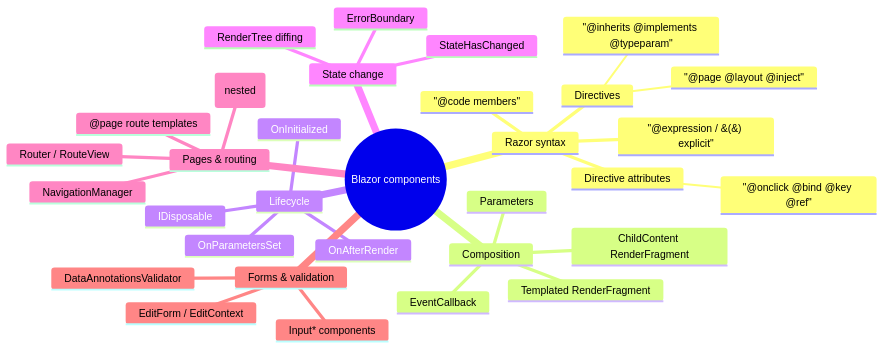
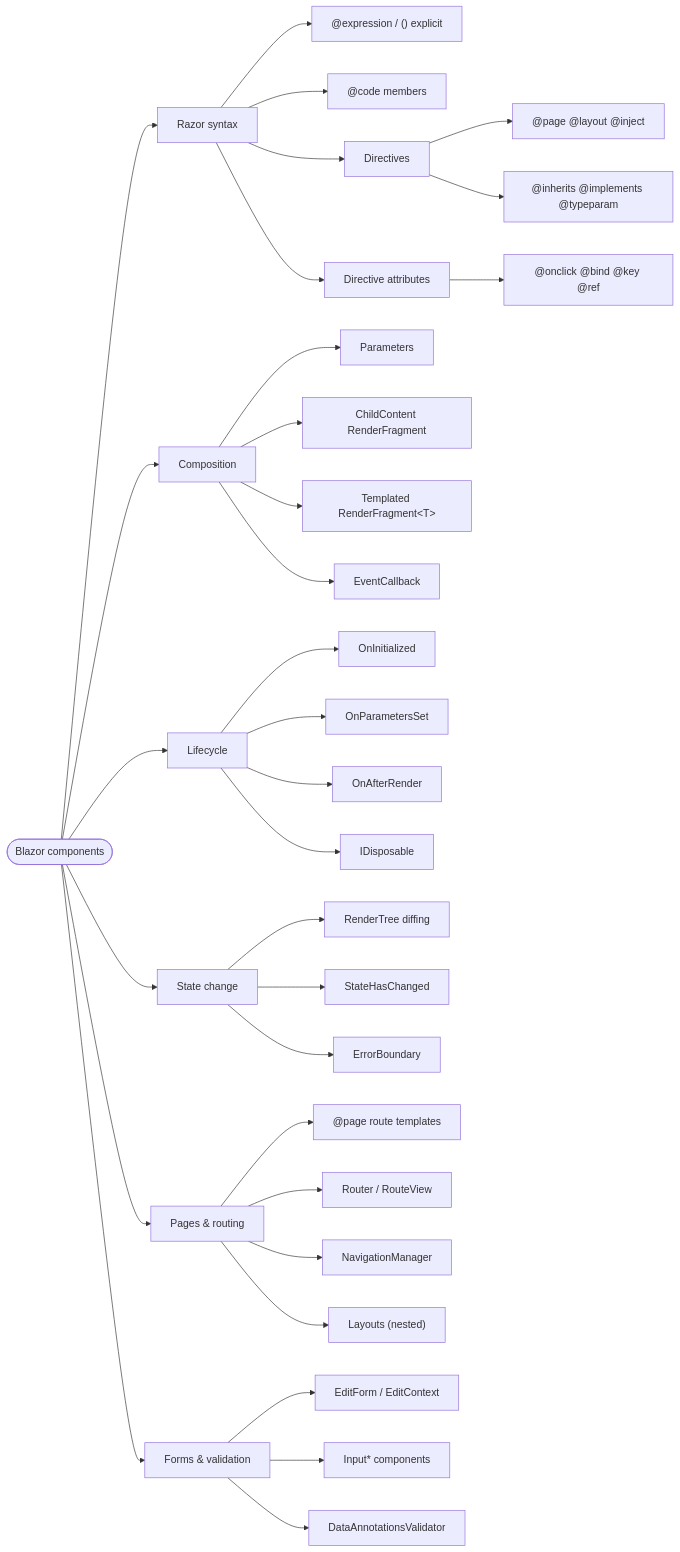
Before and after one commit to 42WASD/42wasd-community-web: the diagram in docs/knowledge/blazor-components/index.md, drawn with Mermaid. The commit also changed 13 other files, not shown here.

First line of the commit message:
Convert knowledge mindmaps to flowchart LR diagrams

````diff
--- a/docs/knowledge/blazor-components/index.md
+++ b/docs/knowledge/blazor-components/index.md
@@ -12,35 +12,66 @@
 ```mermaid
-mindmap
-  root((Blazor components))
-    Razor syntax
-      "@expression / &#40;&#41; explicit"
-      "@code members"
-      Directives
-        "@page @layout @inject"
-        "@inherits @implements @typeparam"
-      Directive attributes
-        "@onclick @bind @key @ref"
-    Composition
-      Parameters
-      ChildContent RenderFragment
-      Templated RenderFragment<T>
-      EventCallback
-    Lifecycle
-      OnInitialized
-      OnParametersSet
-      OnAfterRender
-      IDisposable
-    State change
-      RenderTree diffing
-      StateHasChanged
-      ErrorBoundary
-    Pages & routing
-      @page route templates
-      Router / RouteView
-      NavigationManager
-      Layouts (nested)
-    Forms & validation
-      EditForm / EditContext
-      Input* components
-      DataAnnotationsValidator
+flowchart LR
+    n1(["Blazor components"])
+    n2["Razor syntax"]
+    n3["@expression / () explicit"]
+    n4["@code members"]
+    n5["Directives"]
+    n6["@page @layout @inject"]
+    n7["@inherits @implements @typeparam"]
+    n8["Directive attributes"]
+    n9["@onclick @bind @key @ref"]
+    n10["Composition"]
+    n11["Parameters"]
+    n12["ChildContent RenderFragment"]
+    n13["Templated RenderFragment&lt;T&gt;"]
+    n14["EventCallback"]
+    n15["Lifecycle"]
+    n16["OnInitialized"]
+    n17["OnParametersSet"]
+    n18["OnAfterRender"]
+    n19["IDisposable"]
+    n20["State change"]
+    n21["RenderTree diffing"]
+    n22["StateHasChanged"]
+    n23["ErrorBoundary"]
+    n24["Pages &amp; routing"]
+    n25["@page route templates"]
+    n26["Router / RouteView"]
+    n27["NavigationManager"]
+    n28["Layouts (nested)"]
+    n29["Forms &amp; validation"]
+    n30["EditForm / EditContext"]
+    n31["Input* components"]
+    n32["DataAnnotationsValidator"]
+    n1 --> n2
+    n2 --> n3
+    n2 --> n4
+    n2 --> n5
+    n5 --> n6
+    n5 --> n7
+    n2 --> n8
+    n8 --> n9
+    n1 --> n10
+    n10 --> n11
+    n10 --> n12
+    n10 --> n13
+    n10 --> n14
+    n1 --> n15
+    n15 --> n16
+    n15 --> n17
+    n15 --> n18
+    n15 --> n19
+    n1 --> n20
+    n20 --> n21
+    n20 --> n22
+    n20 --> n23
+    n1 --> n24
+    n24 --> n25
+    n24 --> n26
+    n24 --> n27
+    n24 --> n28
+    n1 --> n29
+    n29 --> n30
+    n29 --> n31
+    n29 --> n32
 ```
````
